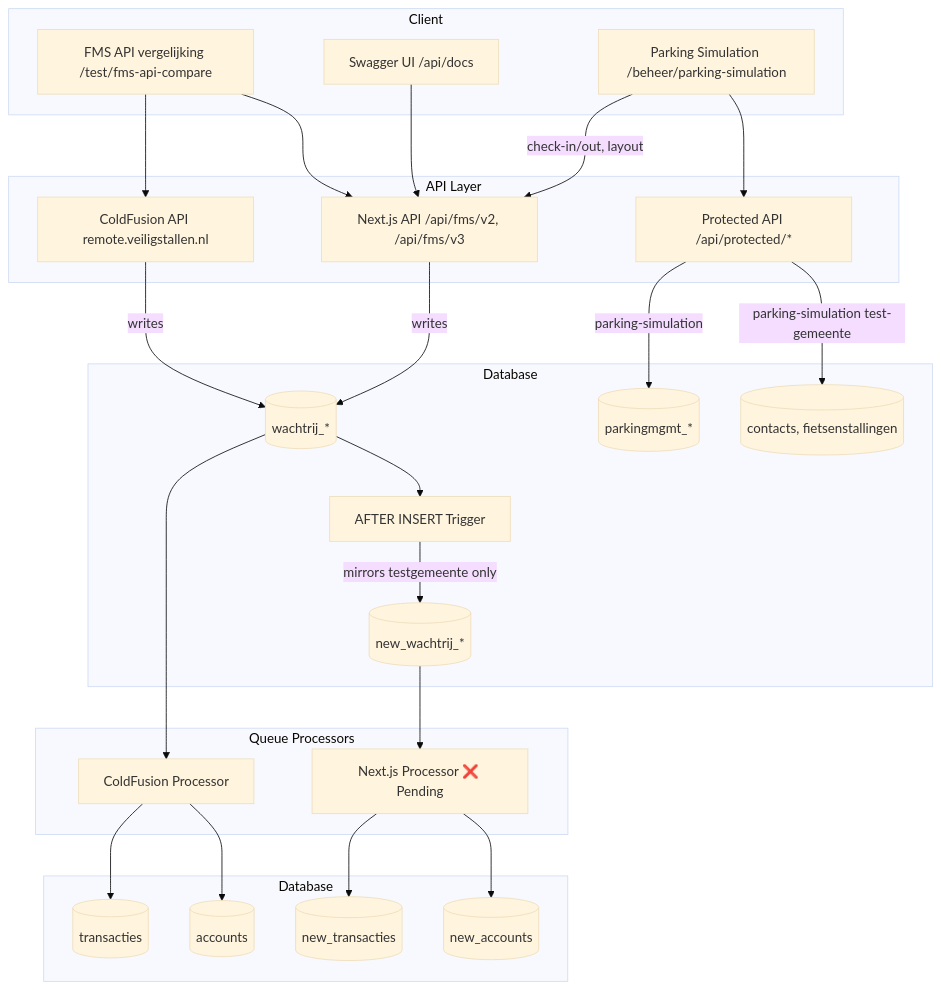
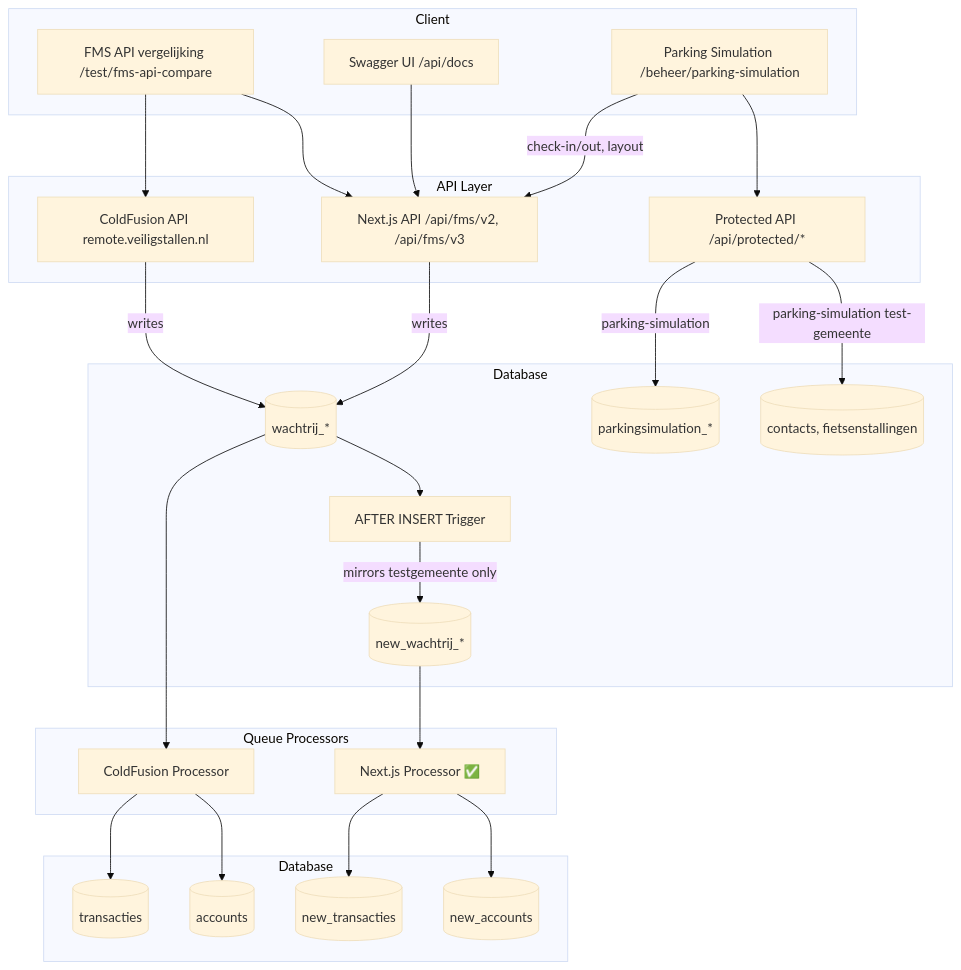
One commit to Stichting-CROW/fietsberaad-veiligstallen-app changed the first of 8 diagrams in docs/analyse-motorblok/API_PORTING_PLAN.md. Above: the diagram before and after it, drawn with Mermaid (base theme). The commit also changed other lines of this file and 36 other files, not shown here.

````diff
--- a/docs/analyse-motorblok/API_PORTING_PLAN.md
+++ b/docs/analyse-motorblok/API_PORTING_PLAN.md
@@ -60,54 +60,54 @@
 ```mermaid
 flowchart TB
     subgraph Client [Client]
         ComparePage[FMS API vergelijking /test/fms-api-compare]
         SwaggerUI[Swagger UI /api/docs]
-        ParkingMgmt[Parking Simulation /beheer/parking-simulation]
+        Parkingsimulation[Parking Simulation /beheer/parking-simulation]
     end
 
     subgraph API [API Layer]
         CFAPI[ColdFusion API remote.veiligstallen.nl]
         NextAPI[Next.js API /api/fms/v2, /api/fms/v3]
         ProtectedAPI[Protected API /api/protected/*]
     end
 
     subgraph DB [Database]
         Wachtrij[("wachtrij_*")]
         Trigger[AFTER INSERT Trigger]
         NewWachtrij[("new_wachtrij_*")]
-        ParkingMgmtTables[("parkingmgmt_*")]
+        ParkingsimulationTables[("parkingsimulation_*")]
         MainSchema[("contacts, fietsenstallingen")]
     end 
 
     subgraph DB2 [Database]
         Transacties[(transacties)]
         Accounts[(accounts)]
         NewTransacties[(new_transacties)]
         NewAccounts[(new_accounts)]
     end
 
     subgraph Processors [Queue Processors]
         CFProc[ColdFusion Processor]
-        NextProc[Next.js Processor ❌ Pending]
+        NextProc[Next.js Processor ✅]
     end
 
     ComparePage --> CFAPI
     ComparePage --> NextAPI
     SwaggerUI --> NextAPI
-    ParkingMgmt --> ProtectedAPI
-    ParkingMgmt -->|check-in/out, layout| NextAPI
+    Parkingsimulation --> ProtectedAPI
+    Parkingsimulation -->|check-in/out, layout| NextAPI
 
     CFAPI -->|writes| Wachtrij
     NextAPI -->|writes| Wachtrij
-    ProtectedAPI -->|parking-simulation| ParkingMgmtTables
+    ProtectedAPI -->|parking-simulation| ParkingsimulationTables
     ProtectedAPI -->|parking-simulation test-gemeente| MainSchema
 
     Wachtrij --> Trigger
     Trigger -->|mirrors testgemeente only| NewWachtrij
     Wachtrij --> CFProc
     CFProc --> Transacties
     CFProc --> Accounts
     NewWachtrij --> NextProc
     NextProc --> NewTransacties
     NextProc --> NewAccounts
 ```
````
